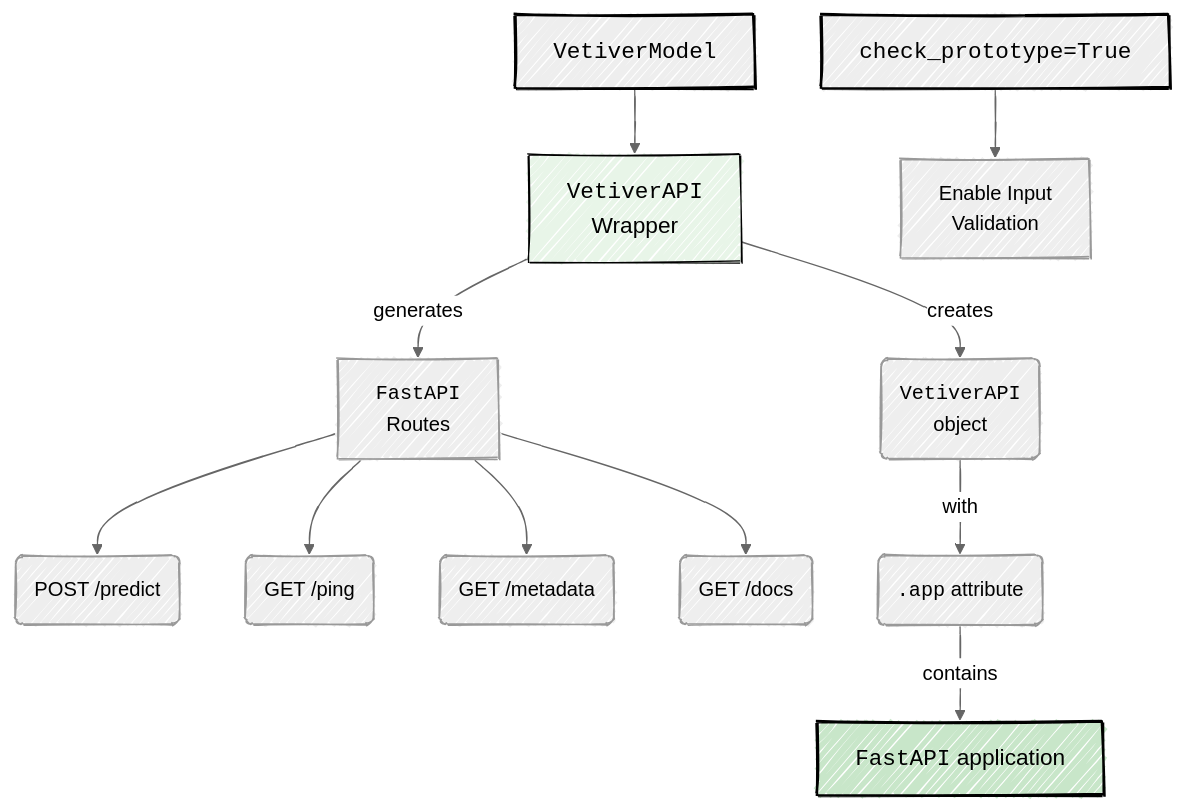
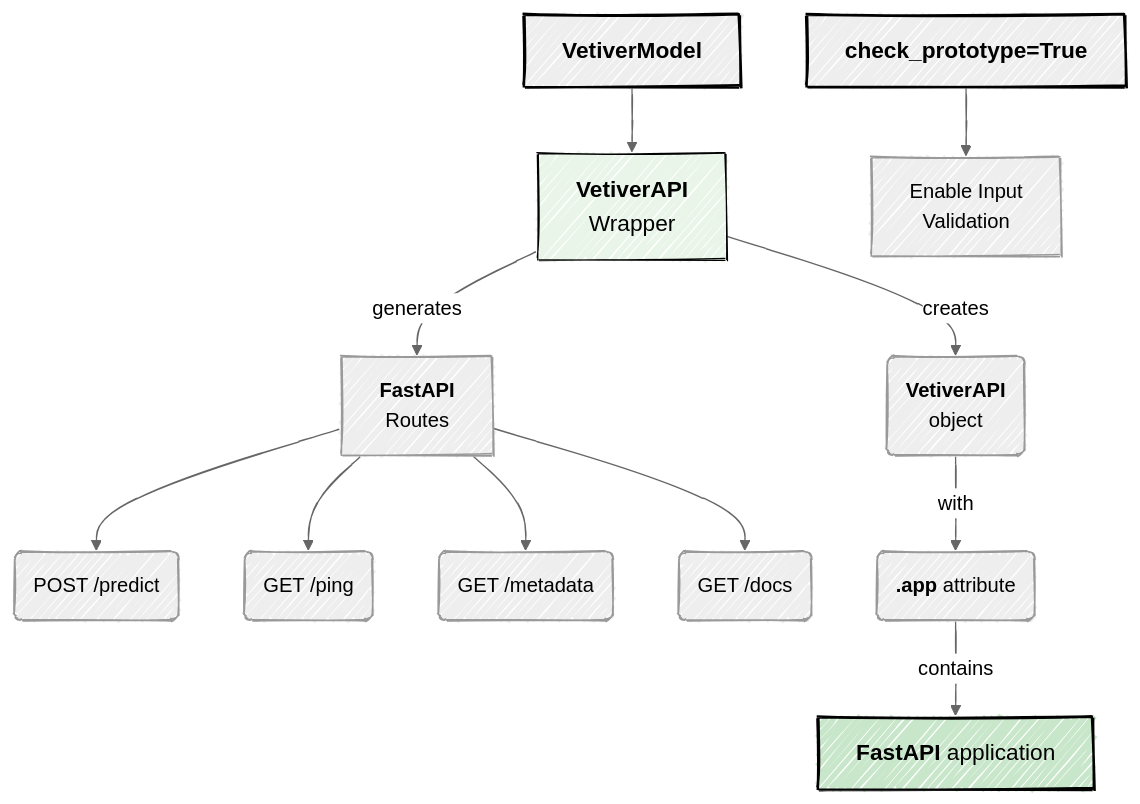
The second of 7 diagrams in py-app-api.qmd (mjfrigaard/do4ds-labs), drawn with Mermaid before and after one commit. The commit also changed other lines of this file and 34 other files, not shown here.

Commit message:
updates to mermaid

````diff
--- a/py-app-api.qmd
+++ b/py-app-api.qmd
@@ -342,25 +342,26 @@
 ```{mermaid}
 %%| fig-cap: 'mod-api.py'
 %%| fig-align: center
 %%{init: {'theme': 'neutral', 'look': 'handDrawn', 'themeVariables': { 'fontFamily': 'monospace', "fontSize":"16px"}}}%%
+
 graph TB
-    Mod["<code>VetiverModel</code>"] --> VApiCon["<code>VetiverAPI</code><br>Wrapper"]
-    VApiCon --"generates"--> FastAPI["<code>FastAPI</code><br>Routes"]
+    Mod["<strong>VetiverModel</strong>"] --> VApiCon["<strong>VetiverAPI</strong><br>Wrapper"]
+    VApiCon --"generates"--> FastAPI["<strong>FastAPI</strong><br>Routes"]
     
     FastAPI --> Post("POST /predict")
     FastAPI --> GetPing("GET /ping") 
     FastAPI --> GetMeta("GET /metadata")
     FastAPI --> GetDocs("GET /docs")
     
-    CheckProt["<code>check_prototype=True</code>"] --> Input["Enable Input<br>Validation"]
+    CheckProt["<strong>check_prototype=True</strong>"] --> Input["Enable Input<br>Validation"]
     
-    VApiCon --"creates"--> VApiObj("<code>VetiverAPI</code><br>object")
-    VApiObj --"with"--> AppAttr("<code>.app</code> attribute")
+    VApiCon --"creates"--> VApiObj("<strong>VetiverAPI</strong><br>object")
+    VApiObj --"with"--> AppAttr("<strong>.app</strong> attribute")
     
-    AppAttr --"contains"--> FastAPIApp["<code>FastAPI</code> application"]
+    AppAttr --"contains"--> FastAPIApp["<strong>FastAPI</strong> application"]
     
     style CheckProt stroke:#000,color:#000,stroke-width:2px,rx:12,ry:12,font-size:18px
     style Mod stroke:#000,color:#000,stroke-width:2px,rx:12,ry:12,font-size:18px
     style VApiCon fill:#e8f5e8,stroke:#000,color:#000,stroke-width:1px,rx:10,ry:10,font-size:18px
     style FastAPIApp fill:#c8e6c9,stroke:#000,color:#000,stroke-width:2px,rx:10,ry:10,font-size:18px
 ```
````
